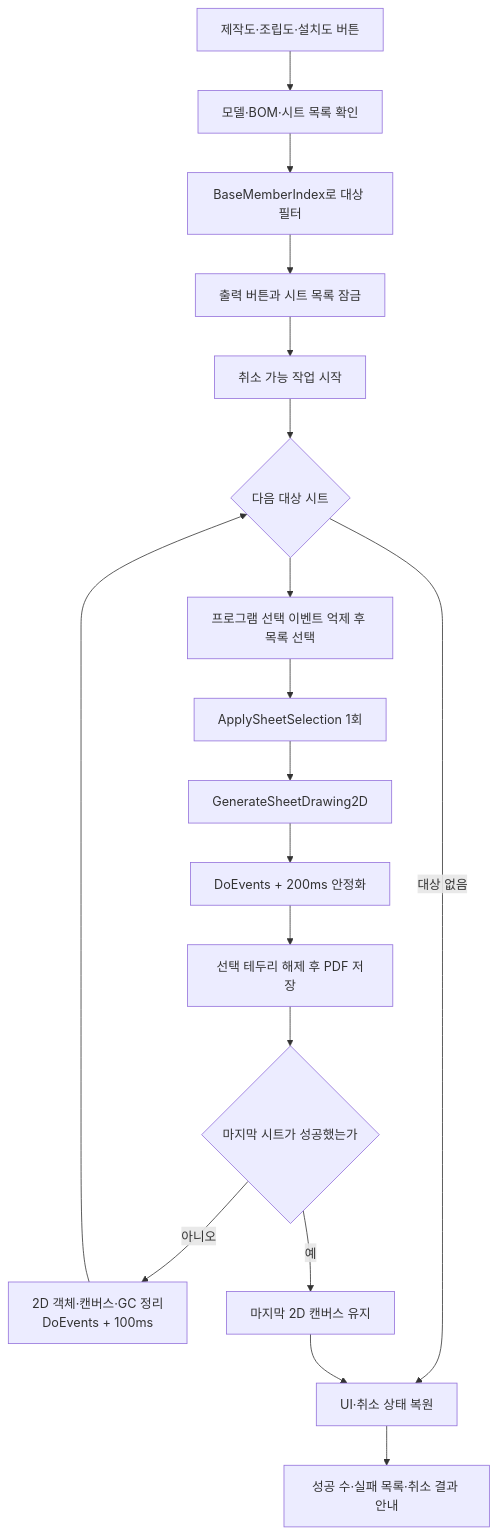
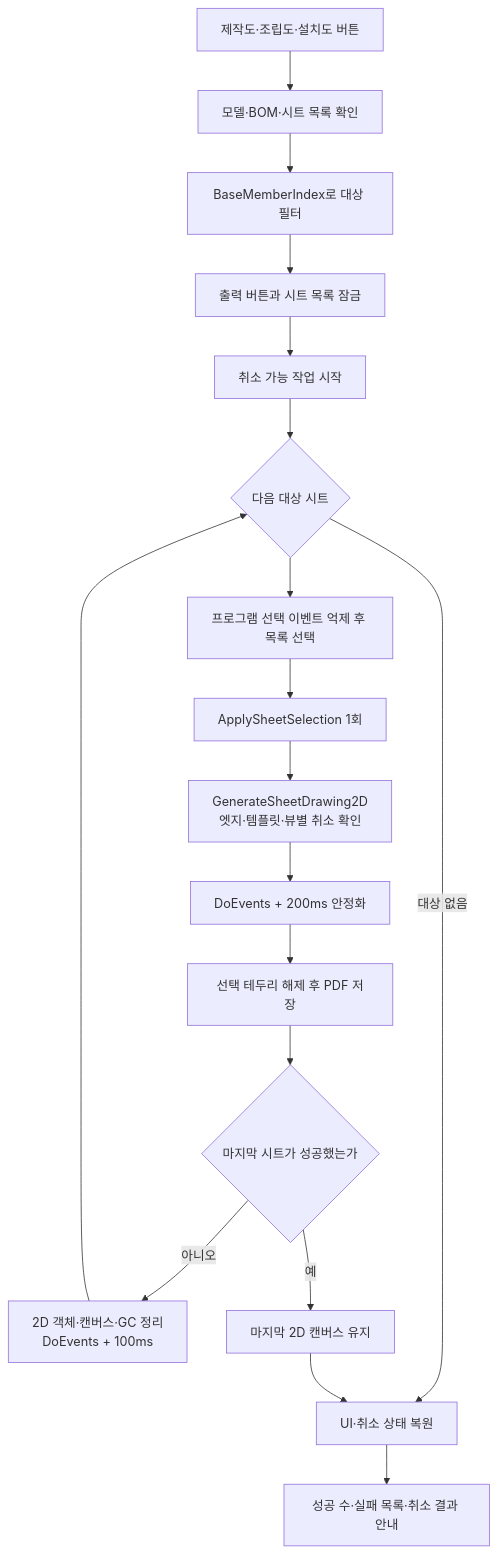
The diagram in docs/기능/도면시트/도면 종류별 출력.md (uuuuj/a2z), drawn with Mermaid before and after one commit. The commit also changed other lines of this file and 16 other files, not shown here.

````diff
--- a/docs/기능/도면시트/도면 종류별 출력.md
+++ b/docs/기능/도면시트/도면 종류별 출력.md
@@ -40,20 +40,20 @@
 ```mermaid
 flowchart TD
     A[제작도·조립도·설치도 버튼] --> B[모델·BOM·시트 목록 확인]
     B --> C[BaseMemberIndex로 대상 필터]
     C --> D[출력 버튼과 시트 목록 잠금]
     D --> E[취소 가능 작업 시작]
     E --> F{다음 대상 시트}
     F --> G[프로그램 선택 이벤트 억제 후 목록 선택]
     G --> H[ApplySheetSelection 1회]
-    H --> I[GenerateSheetDrawing2D]
+    H --> I[GenerateSheetDrawing2D<br/>엣지·템플릿·뷰별 취소 확인]
     I --> J[DoEvents + 200ms 안정화]
     J --> K[선택 테두리 해제 후 PDF 저장]
     K --> L{마지막 시트가 성공했는가}
     L -- 아니오 --> M[2D 객체·캔버스·GC 정리<br/>DoEvents + 100ms]
     M --> F
     L -- 예 --> N[마지막 2D 캔버스 유지]
     F -- 대상 없음 --> O[UI·취소 상태 복원]
     N --> O
     O --> P[성공 수·실패 목록·취소 결과 안내]
 ```
````
